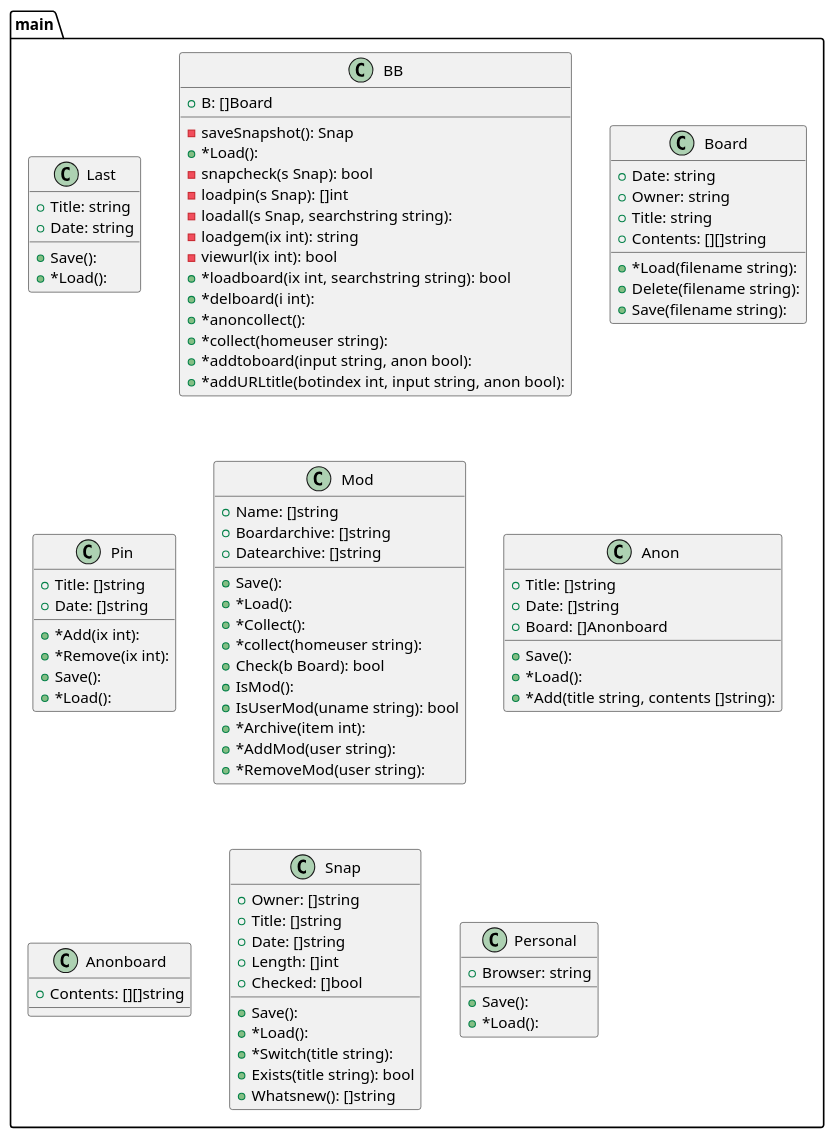
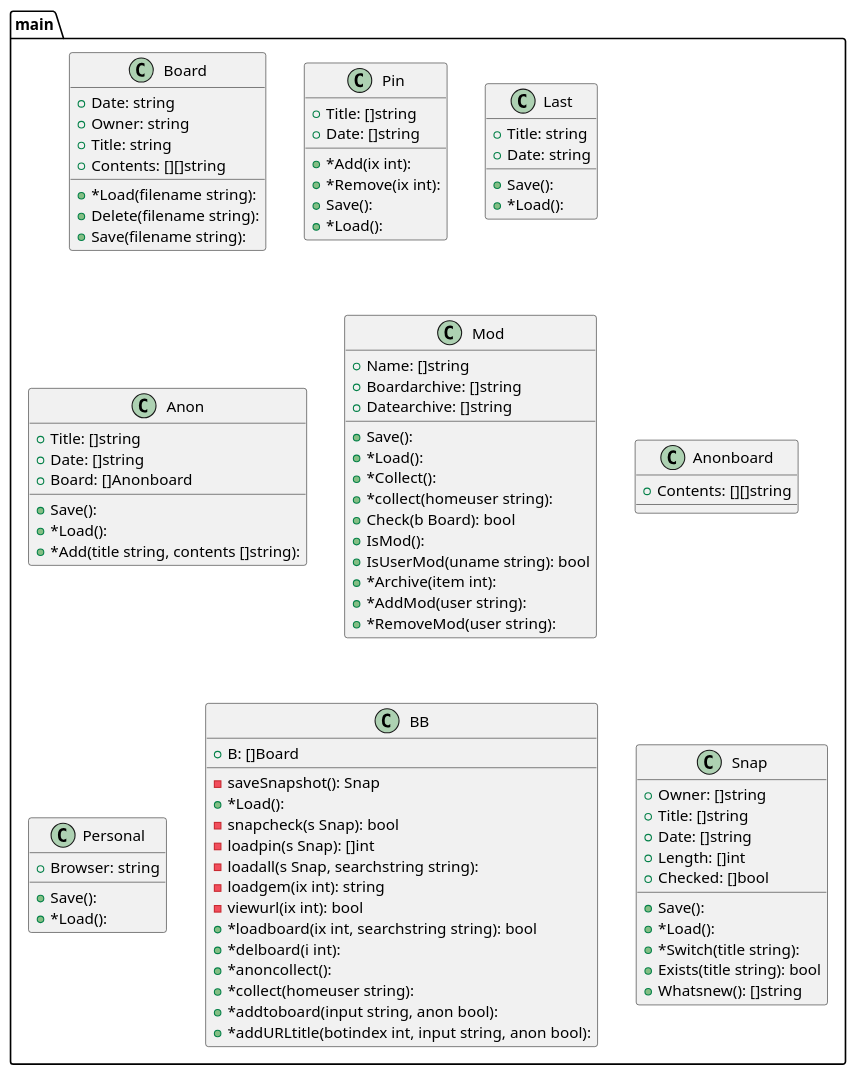
Before and after one commit to tbal999/bb: the diagram in graph.puml, drawn with PlantUML. The commit also changed other lines of this file and 1 other file, not shown here.

```diff
--- a/graph.puml
+++ b/graph.puml
@@ -1,104 +1,104 @@
 @startuml
+package ...main{
+class Board {
++Date: string
++Owner: string
++Title: string
++Contents: [][]string
++*Load(filename string): 
++Delete(filename string): 
++Save(filename string): 
+}
+}
+package ...main{
+class Pin {
++Title: []string
++Date: []string
++*Add(ix int): 
++*Remove(ix int): 
++Save(): 
++*Load(): 
+}
+}
 package ...main{
 class Last {
 +Title: string
 +Date: string
++Save(): 
++*Load(): 
+}
+}
+package ...main{
+class Anon {
++Title: []string
++Date: []string
++Board: []Anonboard
++Save(): 
++*Load(): 
++*Add(title string, contents []string): 
+}
+}
+package ...main{
+class Mod {
++Name: []string
++Boardarchive: []string
++Datearchive: []string
++Save(): 
++*Load(): 
++*Collect(): 
++*collect(homeuser string): 
++Check(b Board): bool
++IsMod(): 
++IsUserMod(uname string): bool
++*Archive(item int): 
++*AddMod(user string): 
++*RemoveMod(user string): 
+}
+}
+package ...main{
+class Anonboard {
++Contents: [][]string
+
+}
+}
+package ...main{
+class Personal {
++Browser: string
 +Save(): 
 +*Load(): 
 }
 }
 package ...main{
 class BB {
 +B: []Board
 -saveSnapshot(): Snap
 +*Load(): 
 -snapcheck(s Snap): bool
 -loadpin(s Snap): []int
 -loadall(s Snap, searchstring string): 
 -loadgem(ix int): string
 -viewurl(ix int): bool
 +*loadboard(ix int, searchstring string): bool
 +*delboard(i int): 
 +*anoncollect(): 
 +*collect(homeuser string): 
 +*addtoboard(input string, anon bool): 
 +*addURLtitle(botindex int, input string, anon bool): 
 }
 }
 package ...main{
-class Board {
-+Date: string
-+Owner: string
-+Title: string
-+Contents: [][]string
-+*Load(filename string): 
-+Delete(filename string): 
-+Save(filename string): 
-}
-}
-package ...main{
-class Pin {
-+Title: []string
-+Date: []string
-+*Add(ix int): 
-+*Remove(ix int): 
-+Save(): 
-+*Load(): 
-}
-}
-package ...main{
-class Mod {
-+Name: []string
-+Boardarchive: []string
-+Datearchive: []string
-+Save(): 
-+*Load(): 
-+*Collect(): 
-+*collect(homeuser string): 
-+Check(b Board): bool
-+IsMod(): 
-+IsUserMod(uname string): bool
-+*Archive(item int): 
-+*AddMod(user string): 
-+*RemoveMod(user string): 
-}
-}
-package ...main{
-class Anon {
-+Title: []string
-+Date: []string
-+Board: []Anonboard
-+Save(): 
-+*Load(): 
-+*Add(title string, contents []string): 
-}
-}
-package ...main{
-class Anonboard {
-+Contents: [][]string
-
-}
-}
-package ...main{
 class Snap {
 +Owner: []string
 +Title: []string
 +Date: []string
 +Length: []int
 +Checked: []bool
 +Save(): 
 +*Load(): 
 +*Switch(title string): 
 +Exists(title string): bool
 +Whatsnew(): []string
 }
 }
-package ...main{
-class Personal {
-+Browser: string
-+Save(): 
-+*Load(): 
-}
-}
 
 @enduml
```
